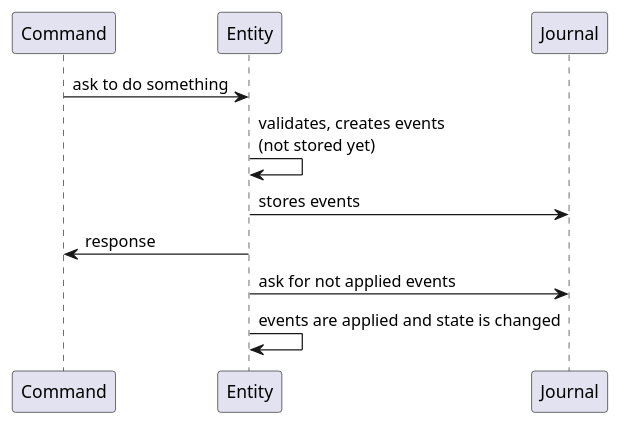
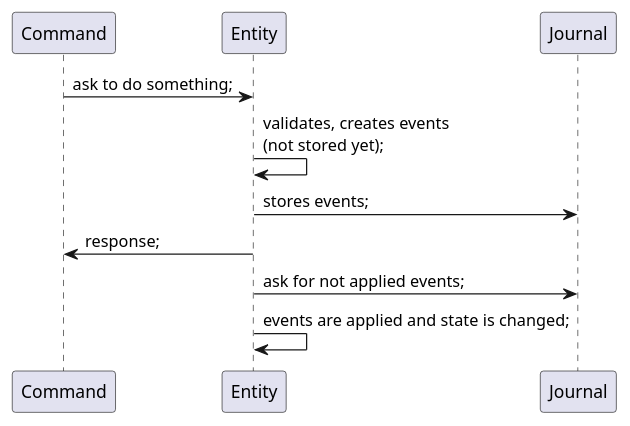
One commit to bassmake/es-with-lagom changed the diagram in gitpitch/event-sourcing.puml. Above: the diagram before and after it, drawn with PlantUML. The commit also changed 1 other file, not shown here.

```diff
--- a/gitpitch/event-sourcing.puml
+++ b/gitpitch/event-sourcing.puml
@@ -1,8 +1,8 @@
-@startuml
-Command -> Entity: ask to do something
-Entity -> Entity: validates, creates events\n(not stored yet)
-Entity -> Journal: stores events
-Entity -> Command: response
-Entity -> Journal: ask for not applied events
-Entity -> Entity: events are applied and state is changed
-@enduml
+@startuml;
+Command -> Entity: ask to do something;
+Entity -> Entity: validates, creates events\n(not stored yet);
+Entity -> Journal: stores events;
+Entity -> Command: response;
+Entity -> Journal: ask for not applied events;
+Entity -> Entity: events are applied and state is changed;
+@enduml;
```
